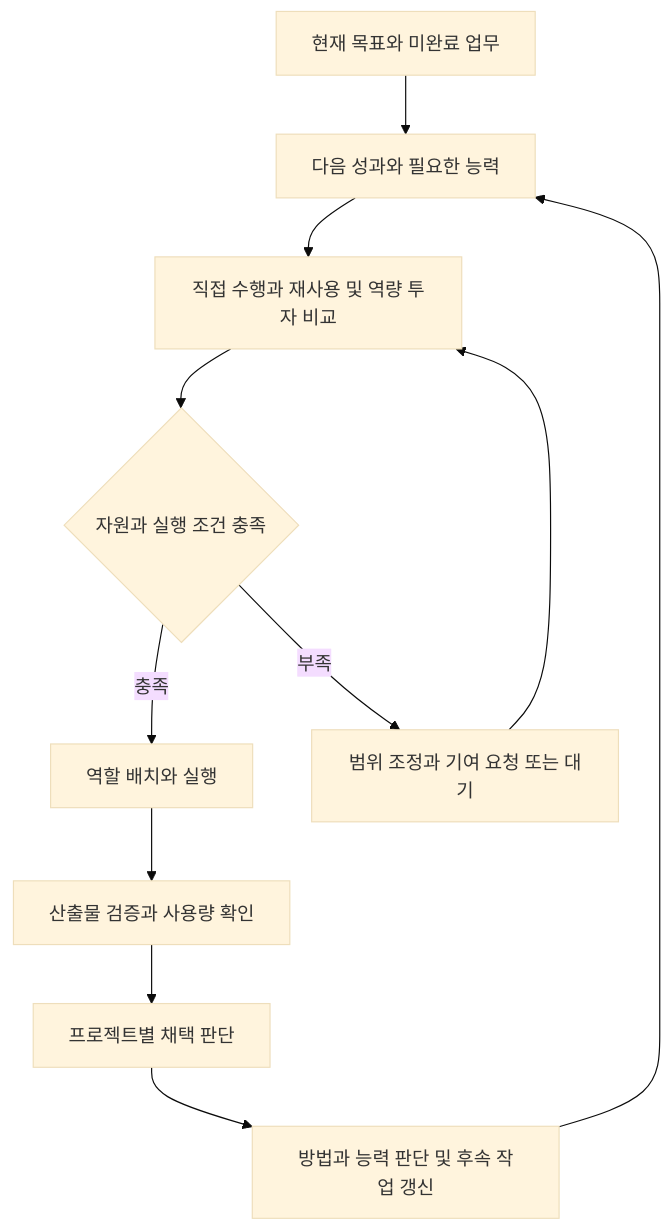
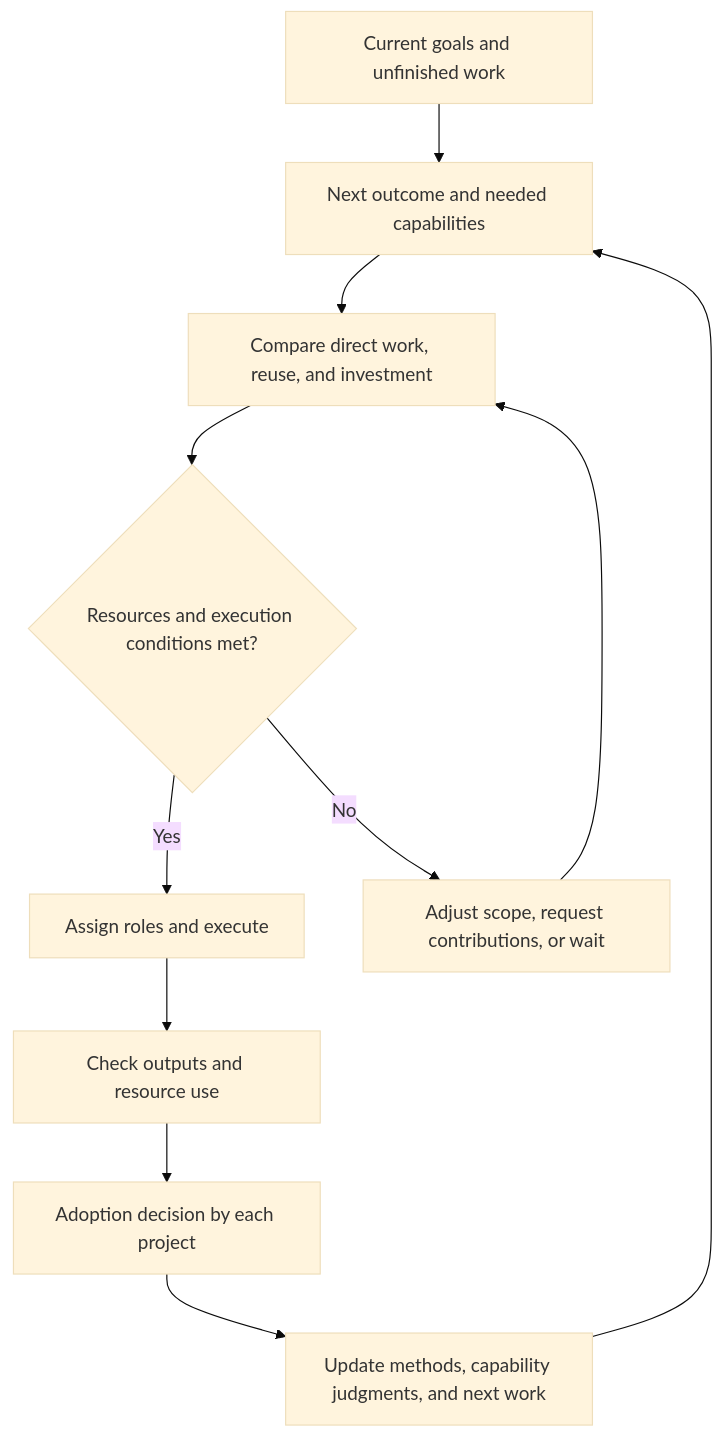
Before and after one commit to hynk-studio/augnes: the diagram in docs/vnext/research/RESOURCE_OPERATIONS_AND_AGENT_CAPABILITY_GROWTH_PLAN_V0_1.md, drawn with Mermaid (base theme). The commit also changed other lines of this file, not shown here.

Commit message:
docs: clarify resource and capability plan in English

````diff
--- a/docs/vnext/research/RESOURCE_OPERATIONS_AND_AGENT_CAPABILITY_GROWTH_PLAN_V0_1.md
+++ b/docs/vnext/research/RESOURCE_OPERATIONS_AND_AGENT_CAPABILITY_GROWTH_PLAN_V0_1.md
@@ -13,13 +13,13 @@
 ```mermaid
 flowchart TD
-    A["현재 목표와 미완료 업무"] --> B["다음 성과와 필요한 능력"]
-    B --> C["직접 수행과 재사용 및 역량 투자 비교"]
-    C --> D{"자원과 실행 조건 충족"}
-    D -->|충족| E["역할 배치와 실행"]
-    D -->|부족| F["범위 조정과 기여 요청 또는 대기"]
+    A["Current goals and unfinished work"] --> B["Next outcome and needed capabilities"]
+    B --> C["Compare direct work, reuse, and investment"]
+    C --> D{"Resources and execution conditions met?"}
+    D -->|Yes| E["Assign roles and execute"]
+    D -->|No| F["Adjust scope, request contributions, or wait"]
     F --> C
-    E --> G["산출물 검증과 사용량 확인"]
-    G --> H["프로젝트별 채택 판단"]
-    H --> I["방법과 능력 판단 및 후속 작업 갱신"]
+    E --> G["Check outputs and resource use"]
+    G --> H["Adoption decision by each project"]
+    H --> I["Update methods, capability judgments, and next work"]
     I --> B
 ```
````
